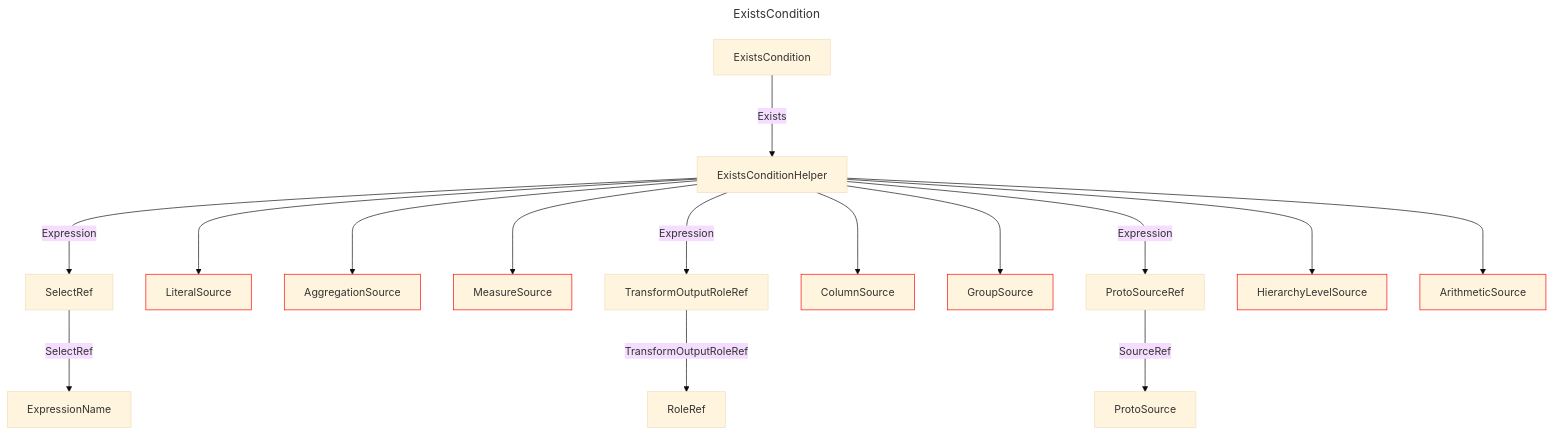
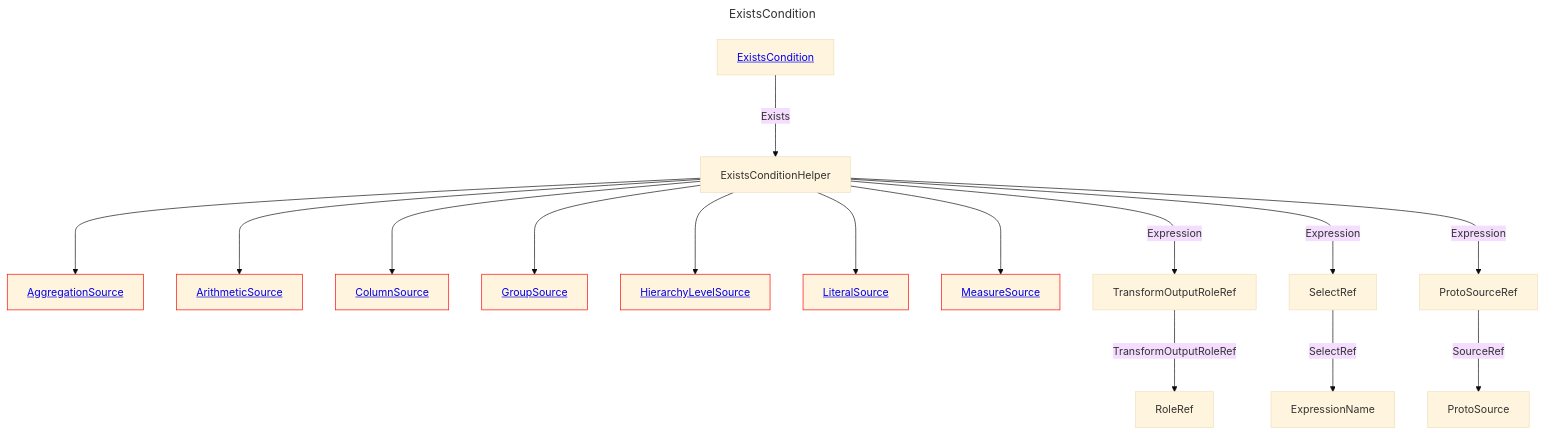
The diagram in docs/docs/layout/erd/ExistsCondition.md (douglassimonsen/pbi_core), drawn with Mermaid (base theme) before and after one commit. The commit also changed 76 other files, not shown here.

````diff
--- a/docs/docs/layout/erd/ExistsCondition.md
+++ b/docs/docs/layout/erd/ExistsCondition.md
@@ -1,42 +1,42 @@
 ```mermaid
 ---
 title: ExistsCondition
 ---
 graph 
-2430071820688["RoleRef"]
-2430071814832["TransformOutputRoleRef"]
-2430071816784["LiteralSource"]
-style 2430071816784 stroke:#ff0000,stroke-width:1px
-2430071366800["ExpressionName"]
-2430071878272["ExistsCondition"]
-2430071358016["AggregationSource"]
-style 2430071358016 stroke:#ff0000,stroke-width:1px
-2430071359968["MeasureSource"]
-style 2430071359968 stroke:#ff0000,stroke-width:1px
-2430071825568["ProtoSourceRef"]
-2430071365824["ColumnSource"]
-style 2430071365824 stroke:#ff0000,stroke-width:1px
-2430071808976["GroupSource"]
-style 2430071808976 stroke:#ff0000,stroke-width:1px
-2430071356064["SelectRef"]
-2430071819712["ProtoSource"]
-2430071363872["HierarchyLevelSource"]
-style 2430071363872 stroke:#ff0000,stroke-width:1px
-2430071881200["ExistsConditionHelper"]
-2430071382416["ArithmeticSource"]
-style 2430071382416 stroke:#ff0000,stroke-width:1px
-2430071825568 --->|SourceRef| 2430071819712
-2430071881200 --->|Expression| 2430071356064
-2430071881200 ---> 2430071358016
-2430071878272 --->|Exists| 2430071881200
-2430071881200 ---> 2430071816784
-2430071881200 --->|Expression| 2430071814832
-2430071356064 --->|SelectRef| 2430071366800
-2430071881200 ---> 2430071363872
-2430071881200 ---> 2430071808976
-2430071881200 ---> 2430071382416
-2430071814832 --->|TransformOutputRoleRef| 2430071820688
-2430071881200 ---> 2430071365824
-2430071881200 ---> 2430071359968
-2430071881200 --->|Expression| 2430071825568
+AggregationSource[<a href='/layout/erd/AggregationSource'>AggregationSource</a>]
+style AggregationSource stroke:#ff0000,stroke-width:1px
+ArithmeticSource[<a href='/layout/erd/ArithmeticSource'>ArithmeticSource</a>]
+style ArithmeticSource stroke:#ff0000,stroke-width:1px
+ColumnSource[<a href='/layout/erd/ColumnSource'>ColumnSource</a>]
+style ColumnSource stroke:#ff0000,stroke-width:1px
+ExistsCondition[<a href='/layout/erd/ExistsCondition'>ExistsCondition</a>]
+ExistsConditionHelper[ExistsConditionHelper]
+ExpressionName[ExpressionName]
+GroupSource[<a href='/layout/erd/GroupSource'>GroupSource</a>]
+style GroupSource stroke:#ff0000,stroke-width:1px
+HierarchyLevelSource[<a href='/layout/erd/HierarchyLevelSource'>HierarchyLevelSource</a>]
+style HierarchyLevelSource stroke:#ff0000,stroke-width:1px
+LiteralSource[<a href='/layout/erd/LiteralSource'>LiteralSource</a>]
+style LiteralSource stroke:#ff0000,stroke-width:1px
+MeasureSource[<a href='/layout/erd/MeasureSource'>MeasureSource</a>]
+style MeasureSource stroke:#ff0000,stroke-width:1px
+ProtoSource[ProtoSource]
+ProtoSourceRef[ProtoSourceRef]
+RoleRef[RoleRef]
+SelectRef[SelectRef]
+TransformOutputRoleRef[TransformOutputRoleRef]
+ExistsConditionHelper ---> HierarchyLevelSource
+SelectRef --->|SelectRef| ExpressionName
+ProtoSourceRef --->|SourceRef| ProtoSource
+ExistsConditionHelper ---> ArithmeticSource
+ExistsConditionHelper ---> ColumnSource
+ExistsCondition --->|Exists| ExistsConditionHelper
+ExistsConditionHelper ---> MeasureSource
+ExistsConditionHelper ---> GroupSource
+ExistsConditionHelper --->|Expression| TransformOutputRoleRef
+ExistsConditionHelper ---> LiteralSource
+ExistsConditionHelper --->|Expression| SelectRef
+ExistsConditionHelper ---> AggregationSource
+TransformOutputRoleRef --->|TransformOutputRoleRef| RoleRef
+ExistsConditionHelper --->|Expression| ProtoSourceRef
 ```
````
